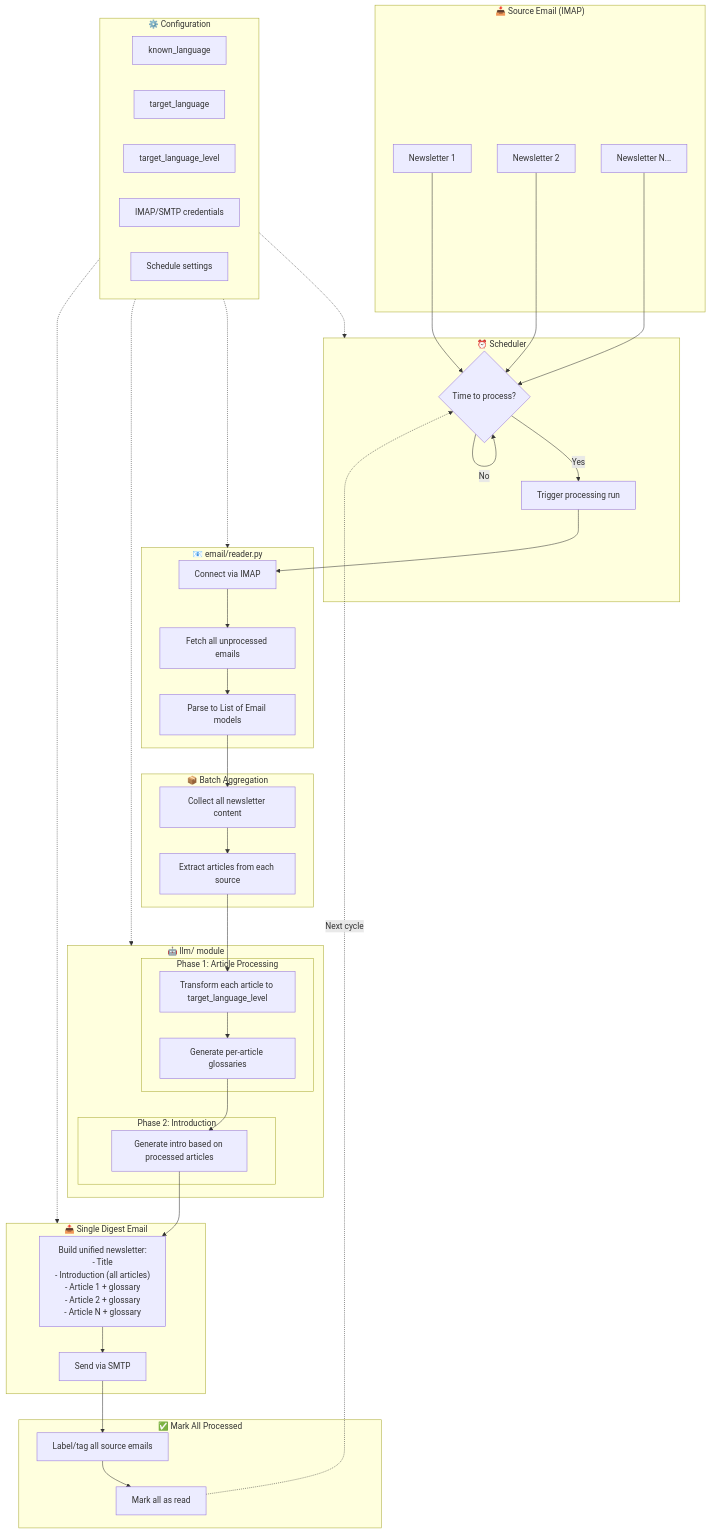
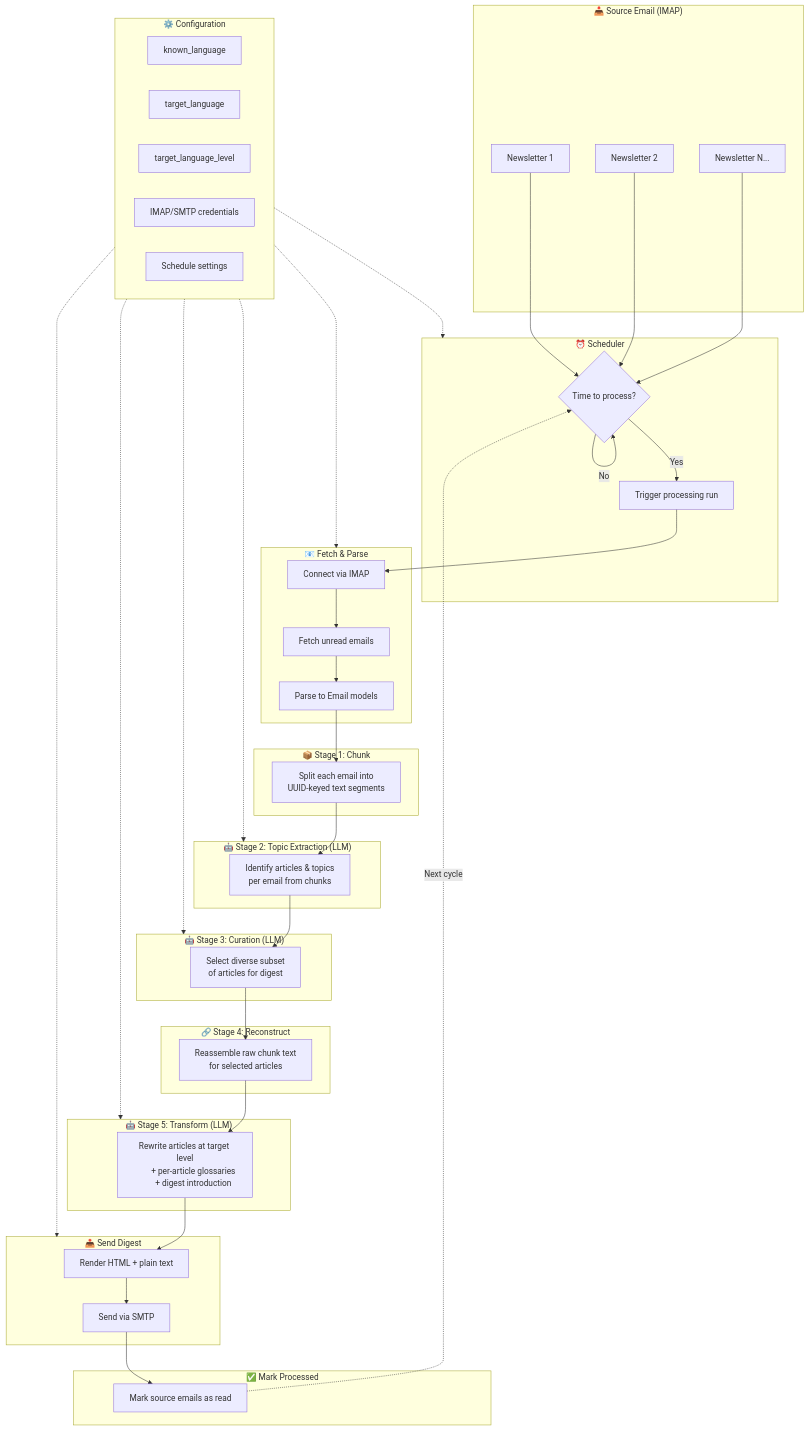
One commit to marcinstopyra/polyglot-pigeon changed the diagram in README.md. Above: the diagram before and after it, drawn with Mermaid. The commit also changed other lines of this file and 1 other file, not shown here.

First line of the commit message:
Add release README and update example config for v0.1.0

````diff
--- a/README.md
+++ b/README.md
@@ -3,79 +9,73 @@
 ```mermaid
 flowchart TD
     subgraph Input["📥 Source Email (IMAP)"]
         A1[Newsletter 1]
         A2[Newsletter 2]
         A3[Newsletter N...]
     end
 
     subgraph Scheduler["⏰ Scheduler"]
         B{Time to process?}
         C[Trigger processing run]
     end
 
-    subgraph EmailReader["📧 email/reader.py"]
+    subgraph EmailReader["📧 Fetch & Parse"]
         D[Connect via IMAP]
-        E[Fetch all unprocessed emails]
-        F[Parse to List of Email models]
+        E[Fetch unread emails]
+        F[Parse to Email models]
     end
 
-    subgraph Batching["📦 Batch Aggregation"]
-        G[Collect all newsletter content]
-        H[Extract articles from each source]
+    subgraph Stage1["📦 Stage 1: Chunk"]
+        G[Split each email into\nUUID-keyed text segments]
     end
 
-    subgraph LLM["🤖 llm/ module"]
-        subgraph Phase1["Phase 1: Article Processing"]
-            I[Transform each article to target_language_level]
-            J[Generate per-article glossaries]
-        end
-        subgraph Phase2["Phase 2: Introduction"]
-            K[Generate intro based on processed articles]
-        end
+    subgraph Stage2["🤖 Stage 2: Topic Extraction (LLM)"]
+        H[Identify articles & topics\nper email from chunks]
     end
 
-    subgraph Output["📤 Single Digest Email"]
-        M["Build unified newsletter:
-        - Title
-        - Introduction (all articles)
-        - Article 1 + glossary
-        - Article 2 + glossary
-        - Article N + glossary"]
-        N[Send via SMTP]
+    subgraph Stage3["🤖 Stage 3: Curation (LLM)"]
+        I[Select diverse subset\nof articles for digest]
     end
 
-    subgraph Cleanup["✅ Mark All Processed"]
-        O[Label/tag all source emails]
-        P[Mark all as read]
+    subgraph Stage4["🔗 Stage 4: Reconstruct"]
+        J[Reassemble raw chunk text\nfor selected articles]
+    end
+
+    subgraph Stage5["🤖 Stage 5: Transform (LLM)"]
+        K["Rewrite articles at target level
+        + per-article glossaries
+        + digest introduction"]
+    end
+
+    subgraph Output["📤 Send Digest"]
+        L[Render HTML + plain text]
+        M[Send via SMTP]
+    end
+
+    subgraph Cleanup["✅ Mark Processed"]
+        N[Mark source emails as read]
     end
 
     A1 & A2 & A3 --> B
     B -->|No| B
     B -->|Yes| C
-    C --> D
-    D --> E
-    E --> F
-    F --> G
-    G --> H
-    H --> I
-    I --> J
-    J --> K
-    K --> M
-    M --> N
-    N --> O
-    O --> P
-    P -.->|Next cycle| B
+    C --> D --> E --> F
+    F --> G --> H --> I --> J --> K
+    K --> L --> M --> N
+    N -.->|Next cycle| B
 
     subgraph Config["⚙️ Configuration"]
         Q[known_language]
         R[target_language]
         S[target_language_level]
         T[IMAP/SMTP credentials]
         U[Schedule settings]
     end
 
     Config -.-> Scheduler
     Config -.-> EmailReader
-    Config -.-> LLM
+    Config -.-> Stage2
+    Config -.-> Stage3
+    Config -.-> Stage5
     Config -.-> Output
 ```
````
